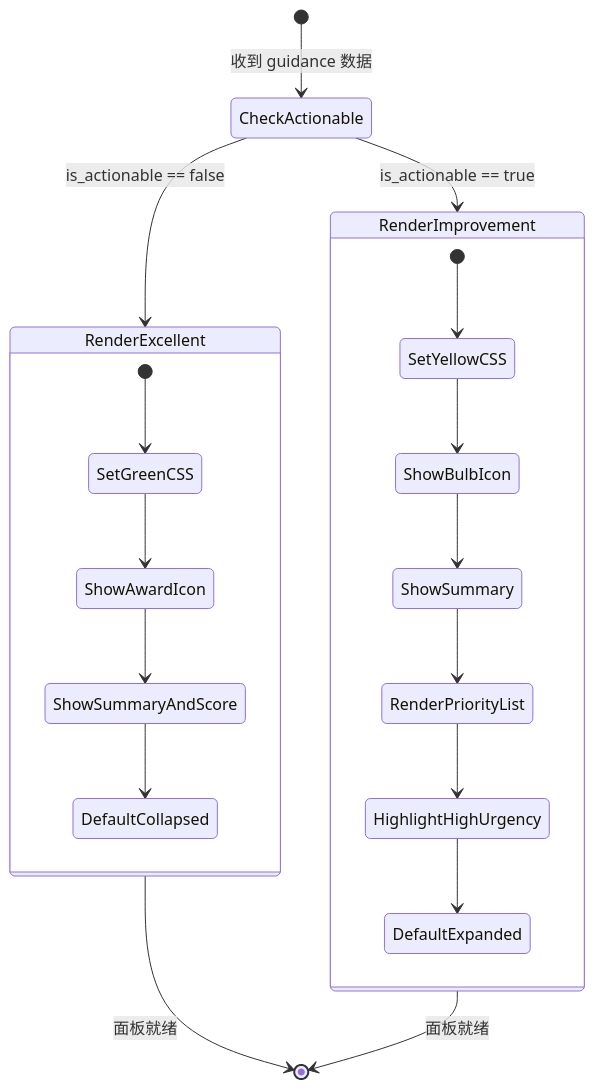
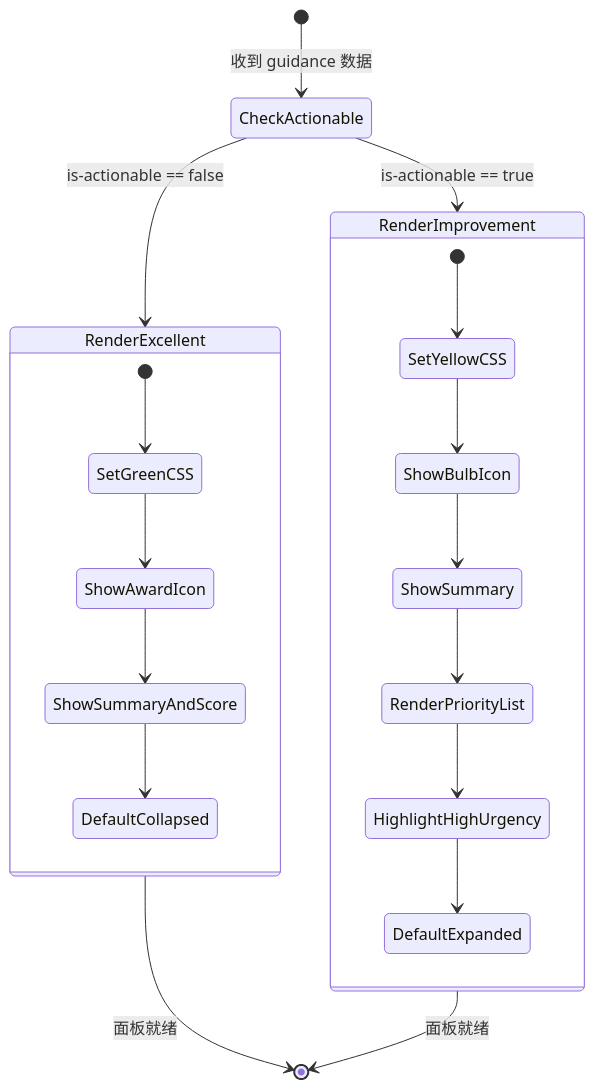
One commit to xt765/UMU-Sales-Trainer changed the fifth of 5 diagrams in docs/architecture.md. Above: the diagram before and after it, drawn with Mermaid. The commit also changed other lines of this file and 1 other file, not shown here.

Commit message:
fix: remove ALL remaining underscores from mermaid diagrams and stateDiagrams for Gitee compatibility

````diff
--- a/docs/architecture.md
+++ b/docs/architecture.md
@@ -599,26 +599,26 @@
 ```mermaid
 stateDiagram-v2
     [*] --> CheckActionable: 收到 guidance 数据
 
-    CheckActionable --> RenderExcellent: is_actionable == false
-    CheckActionable --> RenderImprovement: is_actionable == true
+    CheckActionable --> RenderExcellent: is-actionable == false
+    CheckActionable --> RenderImprovement: is-actionable == true
 
     state RenderExcellent {
         [*] --> SetGreenCSS
         SetGreenCSS --> ShowAwardIcon
         ShowAwardIcon --> ShowSummaryAndScore
         ShowSummaryAndScore --> DefaultCollapsed
     }
 
     state RenderImprovement {
         [*] --> SetYellowCSS
         SetYellowCSS --> ShowBulbIcon
         ShowBulbIcon --> ShowSummary
         ShowSummary --> RenderPriorityList
         RenderPriorityList --> HighlightHighUrgency
         HighlightHighUrgency --> DefaultExpanded
     }
 
     RenderExcellent --> [*]: 面板就绪
     RenderImprovement --> [*]: 面板就绪
 ```
````
